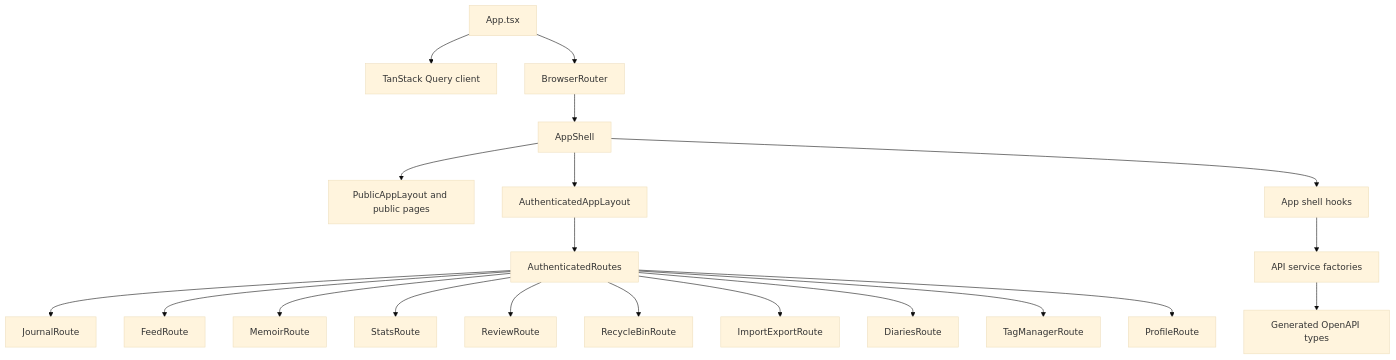
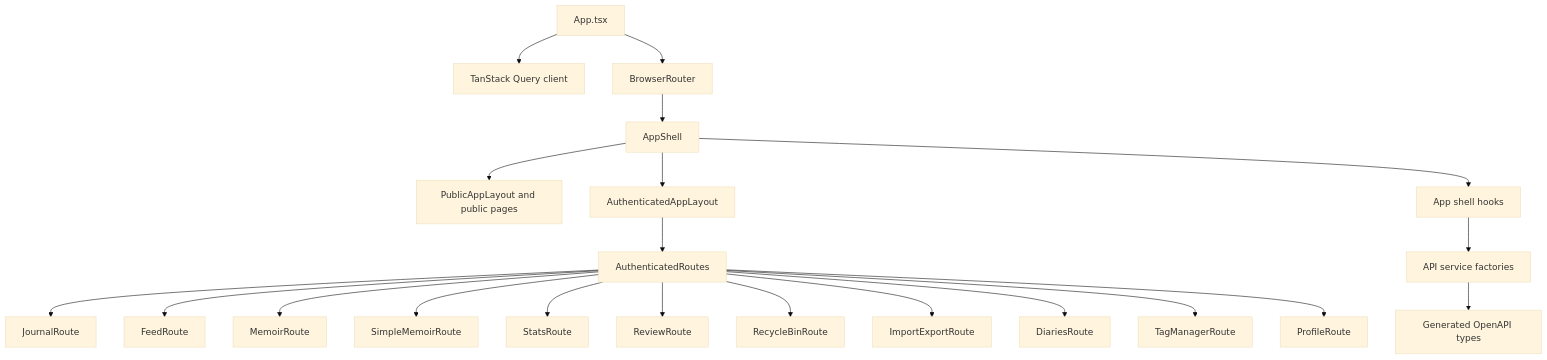
One commit to chefzaid/thoughty changed the second of 2 diagrams in docs/architecture.md. Above: the diagram before and after it, drawn with Mermaid (base theme). The commit also changed other lines of this file and 48 other files, not shown here.

Commit message:
Simple memoir mode: one large question and a record button

````diff
--- a/docs/architecture.md
+++ b/docs/architecture.md
@@ -113,24 +113,25 @@
 ```mermaid
 flowchart TD
     App[App.tsx] --> Query[TanStack Query client]
     App --> Router[BrowserRouter]
     Router --> Shell[AppShell]
     Shell --> Public[PublicAppLayout and public pages]
     Shell --> Layout[AuthenticatedAppLayout]
     Layout --> Routes[AuthenticatedRoutes]
 
     Routes --> Journal[JournalRoute]
     Routes --> Feed[FeedRoute]
     Routes --> Memoir[MemoirRoute]
+    Routes --> SimpleMemoir[SimpleMemoirRoute]
     Routes --> Stats[StatsRoute]
     Routes --> Review[ReviewRoute]
     Routes --> RecycleBin[RecycleBinRoute]
     Routes --> ImportExport[ImportExportRoute]
     Routes --> Diaries[DiariesRoute]
     Routes --> Tags[TagManagerRoute]
     Routes --> Profile[ProfileRoute]
 
     Shell --> Hooks[App shell hooks]
     Hooks --> Services[API service factories]
     Services --> Generated[Generated OpenAPI types]
 ```
````
